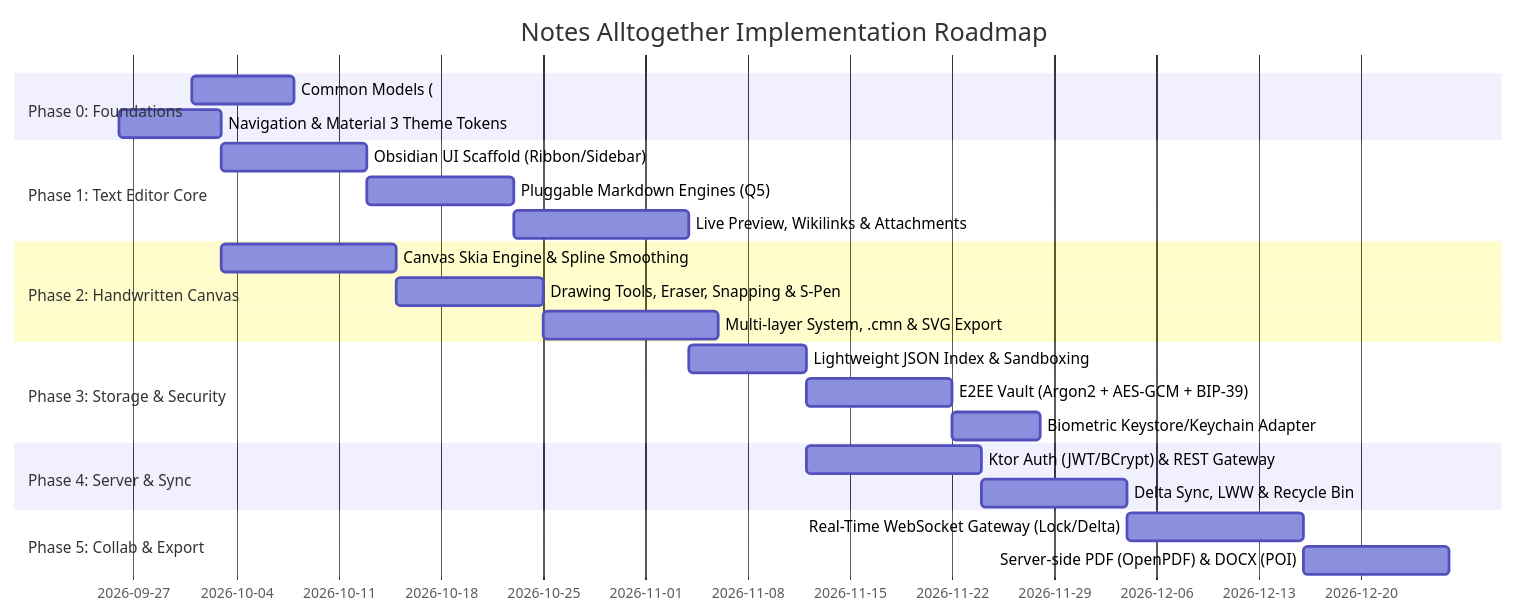
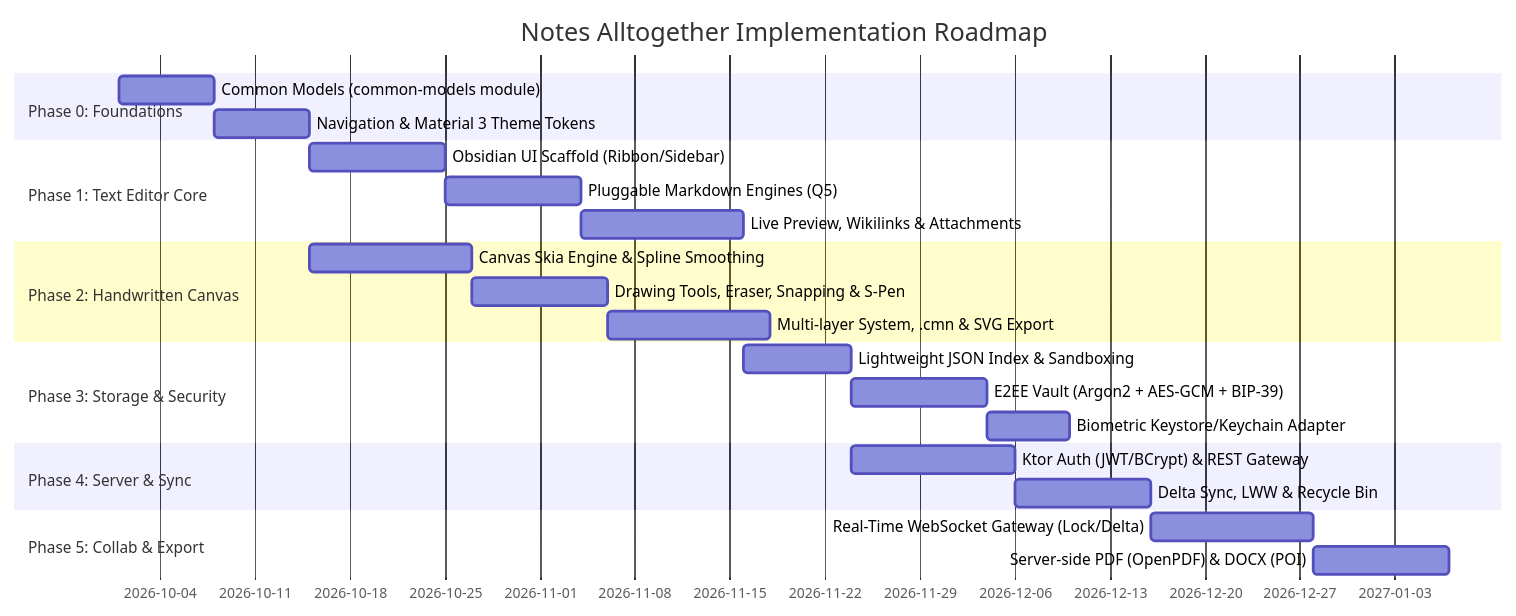
The second of 2 diagrams in docs/features.md (rokhlin/notesClientApp), drawn with Mermaid before and after one commit.

Commit message:
docs: add comprehensive system implementation plan documentation

````diff
--- a/docs/features.md
+++ b/docs/features.md
@@ -141,26 +141,26 @@
 ```mermaid
 gantt
     title Notes Alltogether Implementation Roadmap
     dateFormat  YYYY-MM-DD
     section Phase 0: Foundations
-    Common Models (:common-models module) :p0_1, 2026-10-01, 7d
+    Common Models (common-models module)  :p0_1, 2026-10-01, 7d
     Navigation & Material 3 Theme Tokens  :p0_2, after p0_1, 7d
     section Phase 1: Text Editor Core
     Obsidian UI Scaffold (Ribbon/Sidebar):p1_1, after p0_2, 10d
     Pluggable Markdown Engines (Q5)       :p1_2, after p1_1, 10d
     Live Preview, Wikilinks & Attachments :p1_3, after p1_2, 12d
     section Phase 2: Handwritten Canvas
     Canvas Skia Engine & Spline Smoothing:p2_1, after p0_2, 12d
     Drawing Tools, Eraser, Snapping & S-Pen:p2_2, after p2_1, 10d
     Multi-layer System, .cmn & SVG Export:p2_3, after p2_2, 12d
     section Phase 3: Storage & Security
     Lightweight JSON Index & Sandboxing   :p3_1, after p1_3, 8d
     E2EE Vault (Argon2 + AES-GCM + BIP-39):p3_2, after p3_1, 10d
     Biometric Keystore/Keychain Adapter   :p3_3, after p3_2, 6d
     section Phase 4: Server & Sync
     Ktor Auth (JWT/BCrypt) & REST Gateway :p4_1, after p3_1, 12d
     Delta Sync, LWW & Recycle Bin         :p4_2, after p4_1, 10d
     section Phase 5: Collab & Export
     Real-Time WebSocket Gateway (Lock/Delta):p5_1, after p4_2, 12d
     Server-side PDF (OpenPDF) & DOCX (POI):p5_2, after p5_1, 10d
 ```
````
